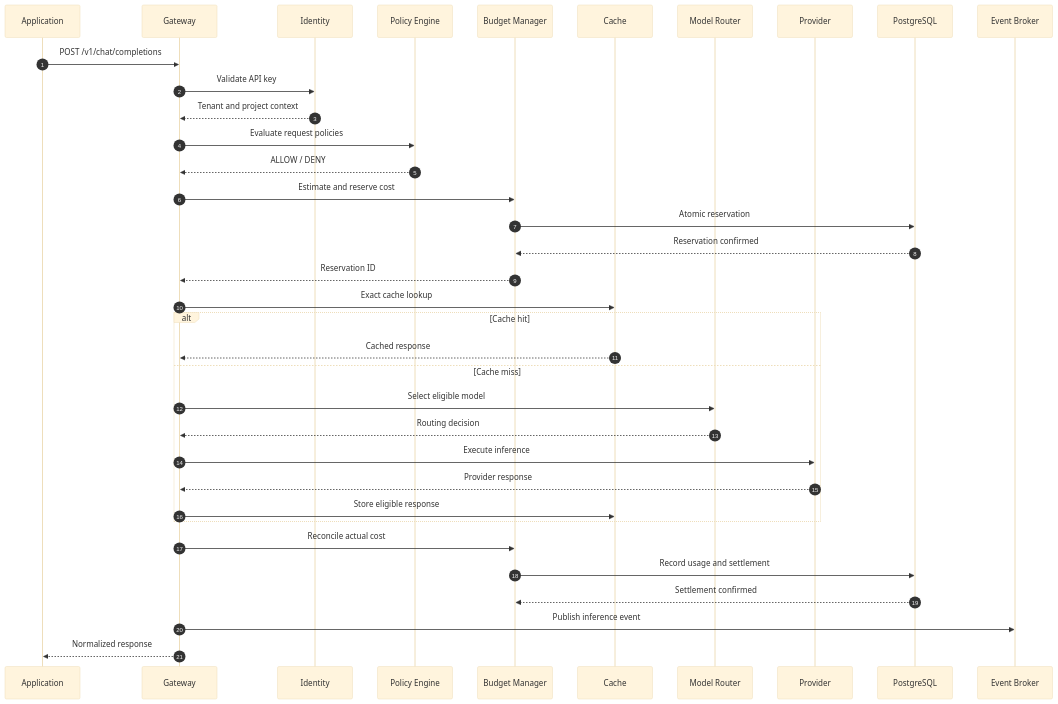
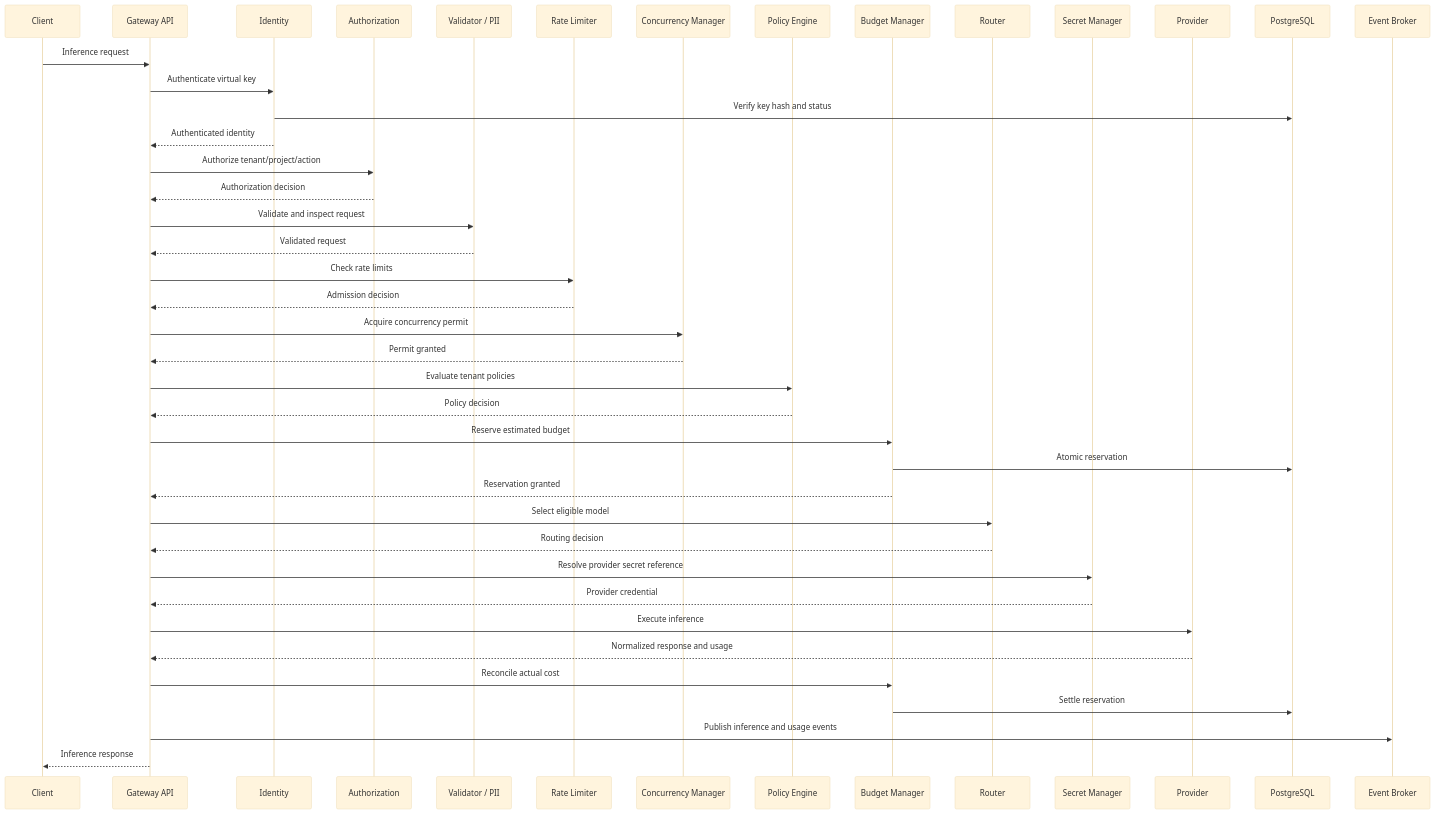
The second of 3 diagrams in docs/architecture.md (mezni/bioviva), drawn with Mermaid (base theme) before and after one commit. The commit also changed other lines of this file and 1 other file, not shown here.

Commit message:
llm-gateway: define domain model and business invariants

````diff
--- a/docs/architecture.md
+++ b/docs/architecture.md
@@ -487,44 +529,56 @@
 ```mermaid
 sequenceDiagram
-    autonumber
-    participant APP as Application
-    participant GW as Gateway
-    participant AUTH as Identity
-    participant POL as Policy Engine
-    participant BUD as Budget Manager
-    participant CACHE as Cache
-    participant ROUTER as Model Router
-    participant PROV as Provider
+    participant C as Client
+    participant API as Gateway API
+    participant ID as Identity
+    participant AZ as Authorization
+    participant V as Validator / PII
+    participant RL as Rate Limiter
+    participant CM as Concurrency Manager
+    participant P as Policy Engine
+    participant B as Budget Manager
+    participant R as Router
+    participant S as Secret Manager
+    participant PR as Provider
     participant DB as PostgreSQL
-    participant EVT as Event Broker
+    participant E as Event Broker
 
-    APP->>GW: POST /v1/chat/completions
-    GW->>AUTH: Validate API key
-    AUTH-->>GW: Tenant and project context
-    GW->>POL: Evaluate request policies
-    POL-->>GW: ALLOW / DENY
+    C->>API: Inference request
+    API->>ID: Authenticate virtual key
+    ID->>DB: Verify key hash and status
+    ID-->>API: Authenticated identity
 
-    GW->>BUD: Estimate and reserve cost
-    BUD->>DB: Atomic reservation
-    DB-->>BUD: Reservation confirmed
-    BUD-->>GW: Reservation ID
+    API->>AZ: Authorize tenant/project/action
+    AZ-->>API: Authorization decision
 
-    GW->>CACHE: Exact cache lookup
+    API->>V: Validate and inspect request
+    V-->>API: Validated request
 
-    alt Cache hit
-        CACHE-->>GW: Cached response
-    else Cache miss
-        GW->>ROUTER: Select eligible model
-        ROUTER-->>GW: Routing decision
-        GW->>PROV: Execute inference
-        PROV-->>GW: Provider response
-        GW->>CACHE: Store eligible response
-    end
+    API->>RL: Check rate limits
+    RL-->>API: Admission decision
 
-    GW->>BUD: Reconcile actual cost
-    BUD->>DB: Record usage and settlement
-    DB-->>BUD: Settlement confirmed
+    API->>CM: Acquire concurrency permit
+    CM-->>API: Permit granted
 
-    GW->>EVT: Publish inference event
-    GW-->>APP: Normalized response
+    API->>P: Evaluate tenant policies
+    P-->>API: Policy decision
+
+    API->>B: Reserve estimated budget
+    B->>DB: Atomic reservation
+    B-->>API: Reservation granted
+
+    API->>R: Select eligible model
+    R-->>API: Routing decision
+
+    API->>S: Resolve provider secret reference
+    S-->>API: Provider credential
+
+    API->>PR: Execute inference
+    PR-->>API: Normalized response and usage
+
+    API->>B: Reconcile actual cost
+    B->>DB: Settle reservation
+
+    API->>E: Publish inference and usage events
+    API-->>C: Inference response
 ```
````
